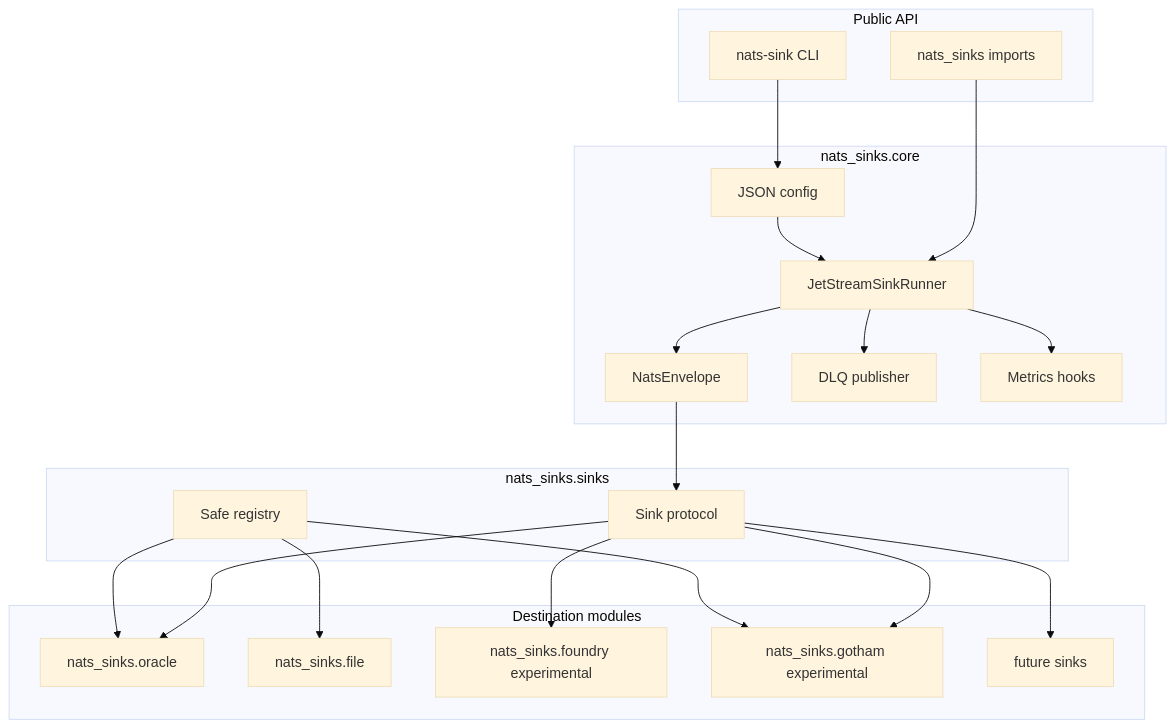
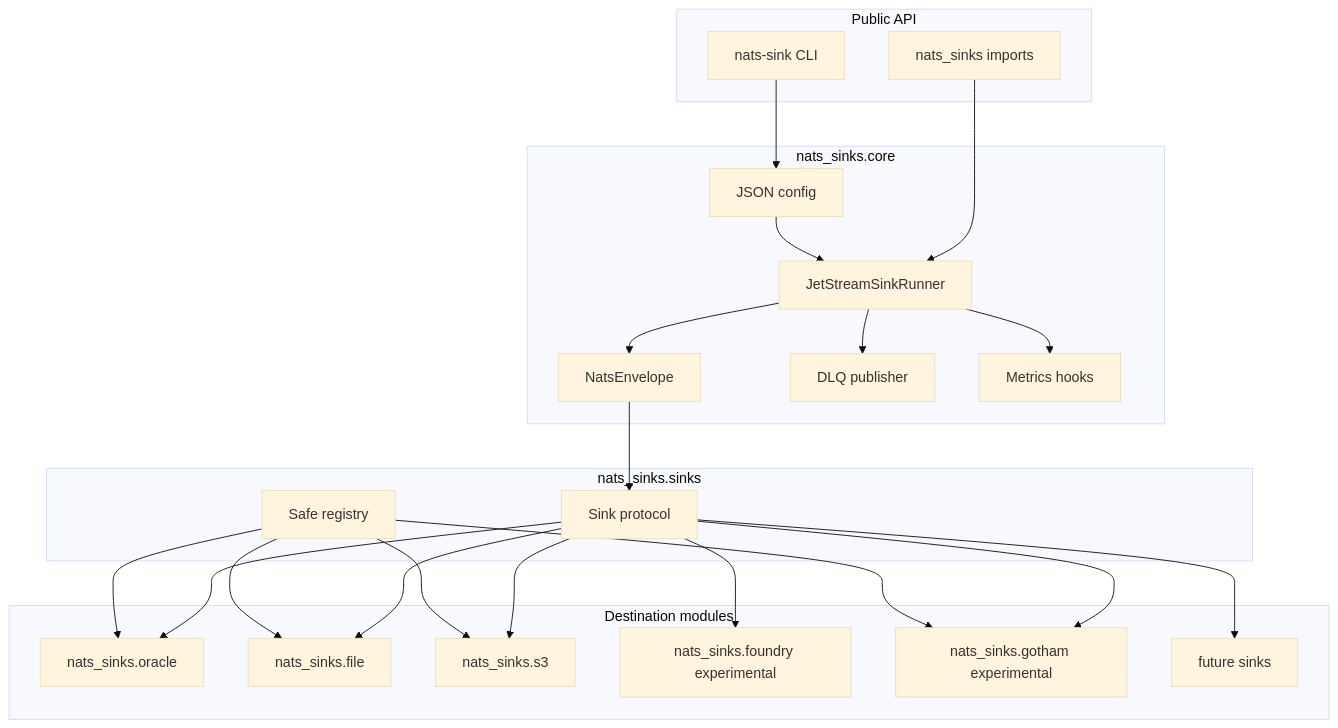
The first of 7 diagrams in docs/sink-framework.md (ProjectCuillin/nats-sinks), drawn with Mermaid (base theme) before and after one commit. The commit also changed other lines of this file and 31 other files, not shown here.

````diff
--- a/docs/sink-framework.md
+++ b/docs/sink-framework.md
@@ -20,41 +21,45 @@
 ```mermaid
 flowchart TB
     subgraph PublicAPI[Public API]
         API[nats_sinks imports]
         CLI[nats-sink CLI]
     end
 
     subgraph Core[nats_sinks.core]
         Runner[JetStreamSinkRunner]
         Envelope[NatsEnvelope]
         Config[JSON config]
         DLQ[DLQ publisher]
         Metrics[Metrics hooks]
     end
 
     subgraph Contract[nats_sinks.sinks]
         Protocol[Sink protocol]
         Registry[Safe registry]
     end
 
     subgraph Destinations[Destination modules]
         Oracle[nats_sinks.oracle]
         File[nats_sinks.file]
+        S3[nats_sinks.s3]
         Foundry[nats_sinks.foundry experimental]
         Gotham[nats_sinks.gotham experimental]
         Future[future sinks]
     end
 
     API --> Runner
     CLI --> Config --> Runner
     Runner --> Envelope --> Protocol
     Protocol --> Oracle
+    Protocol --> File
+    Protocol --> S3
     Protocol --> Foundry
     Protocol --> Gotham
     Protocol --> Future
     Runner --> DLQ
     Runner --> Metrics
 Registry --> Oracle
 Registry --> File
+Registry --> S3
 Registry --> Gotham
 ```
````
